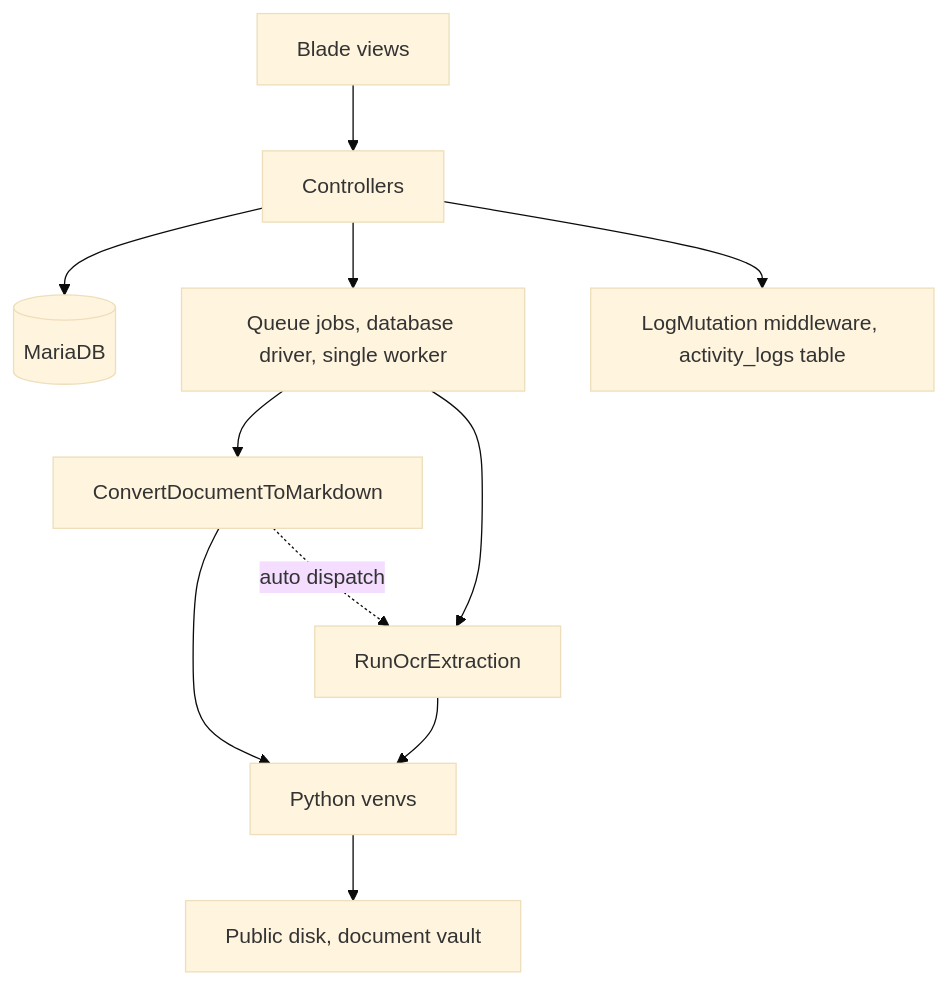
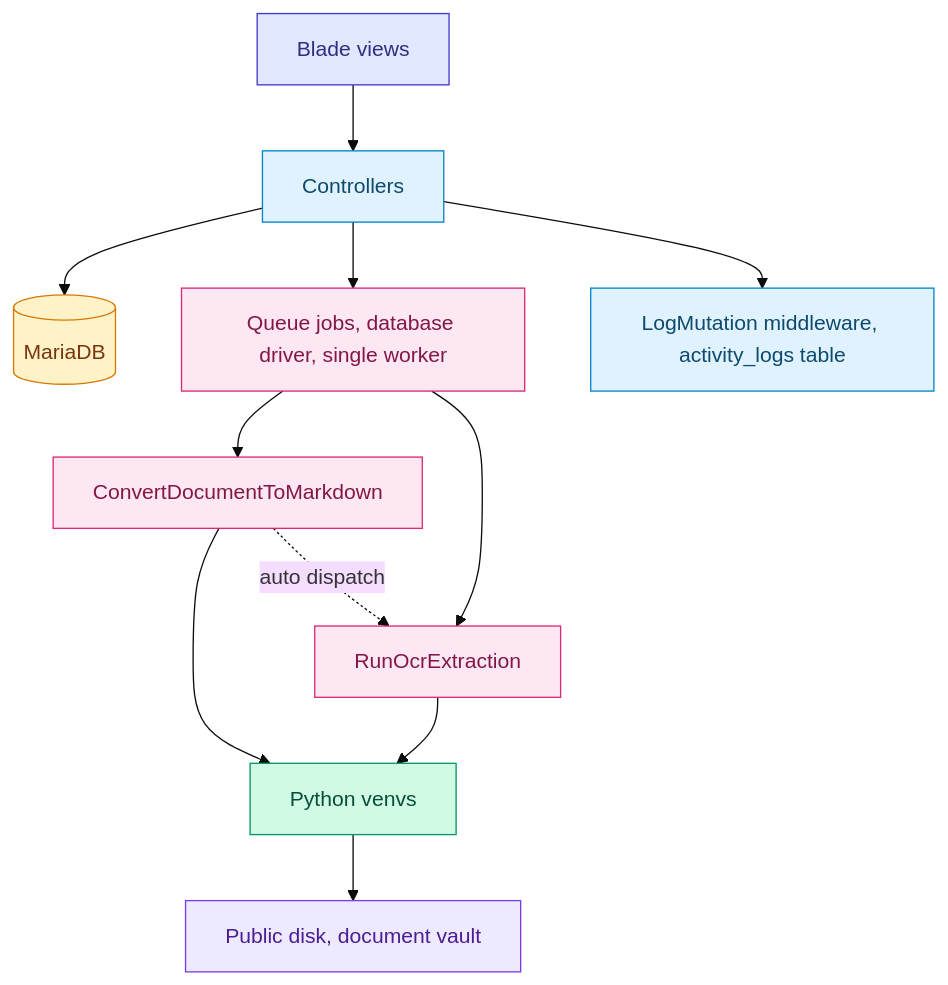
The sixth of 6 diagrams in APP_FLOW.md (SubhanRaj/pdf-markdown-pipeline), drawn with Mermaid (base theme) before and after one commit. The commit also changed other lines of this file and 1 other file, not shown here.

First line of the commit message:
docs: add color styling to mermaid diagrams in APP_FLOW.md and OCR_RESEARCH.md

````diff
--- a/APP_FLOW.md
+++ b/APP_FLOW.md
@@ -136,13 +191,27 @@
 ```mermaid
 flowchart TD
+    classDef view fill:#e0e7ff,stroke:#4338ca,color:#312e81
+    classDef ctrl fill:#e0f2fe,stroke:#0284c7,color:#0c4a6e
+    classDef store fill:#fef3c7,stroke:#d97706,color:#78350f
+    classDef job fill:#fce7f3,stroke:#db2777,color:#831843
+    classDef py fill:#d1fae5,stroke:#059669,color:#064e3b
+    classDef disk fill:#ede9fe,stroke:#7c3aed,color:#4c1d95
+
     Blade[Blade views] --> Ctrl[Controllers]
     Ctrl --> DB[(MariaDB)]
     Ctrl --> Jobs[Queue jobs, database driver, single worker]
     Jobs --> CDM[ConvertDocumentToMarkdown]
     Jobs --> ROE[RunOcrExtraction]
     CDM --> Py[Python venvs]
     ROE --> Py
     Py --> Disk[Public disk, document vault]
     CDM -.->|auto dispatch| ROE
     Ctrl --> ActivityLog[LogMutation middleware, activity_logs table]
+
+    class Blade view
+    class Ctrl,ActivityLog ctrl
+    class DB store
+    class Jobs,CDM,ROE job
+    class Py py
+    class Disk disk
 ```
````
